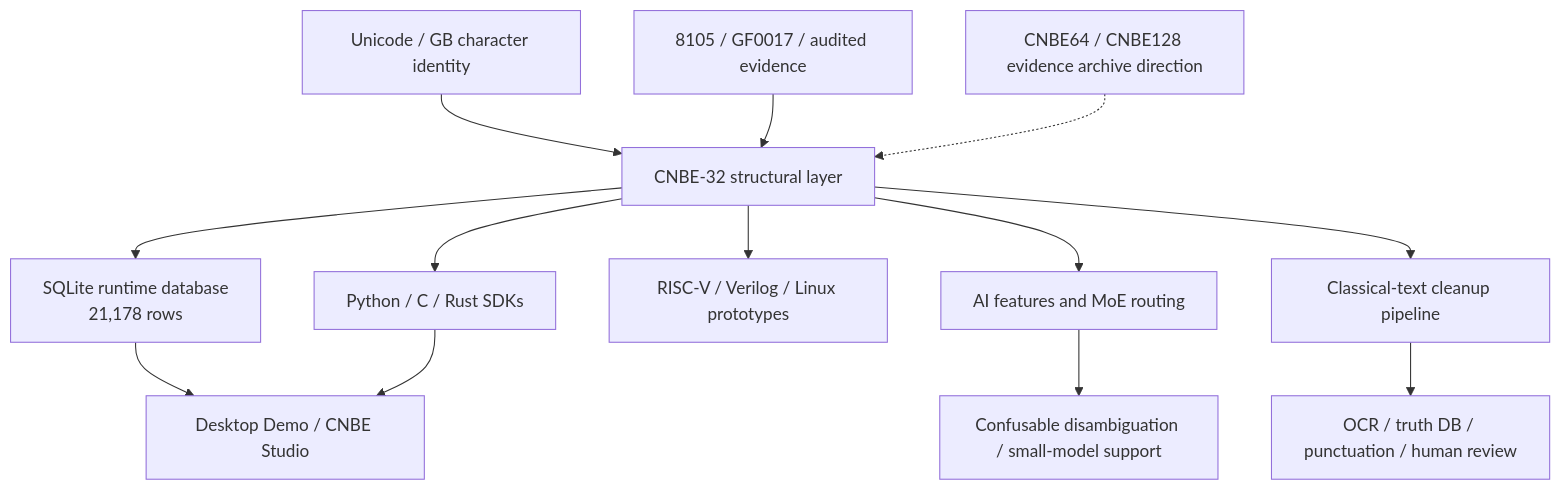
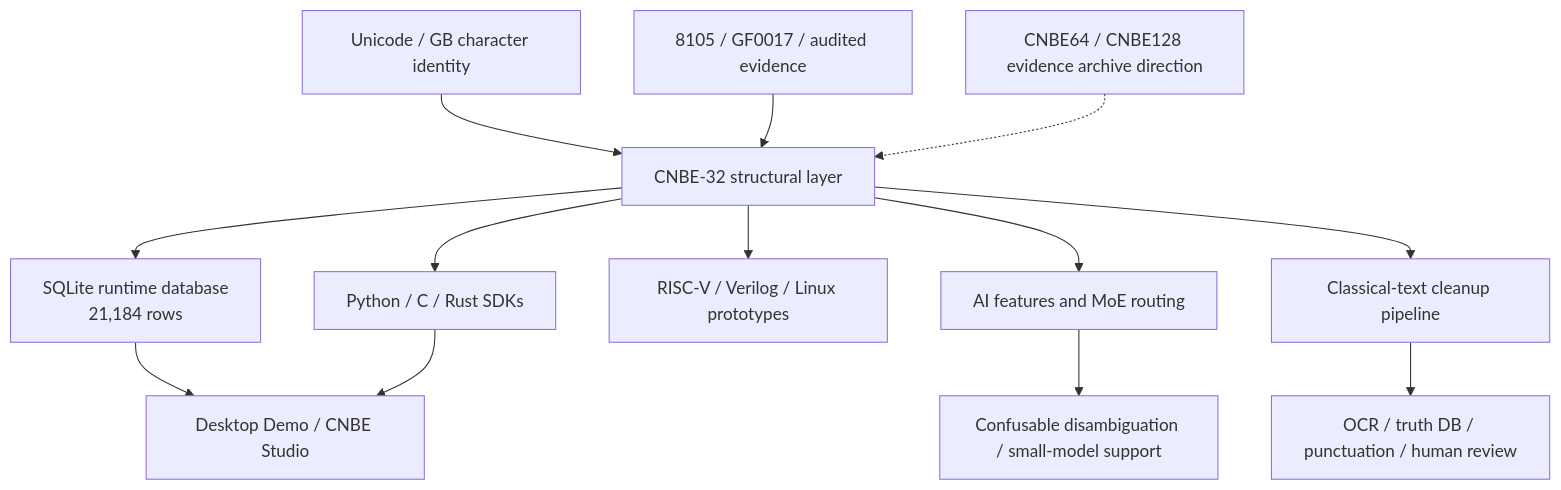
The diagram in README.md (zairkliu/CNBE-32-Chinese-Native-Binary-Encoding), drawn with Mermaid before and after one commit. The commit also changed other lines of this file and 102 other files, not shown here.

````diff
--- a/README.md
+++ b/README.md
@@ -239,15 +239,15 @@
 ```mermaid
 flowchart TD
   A["Unicode / GB character identity"] --> B["CNBE-32 structural layer"]
-  B --> C["SQLite runtime database<br/>21,178 rows"]
+  B --> C["SQLite runtime database<br/>21,184 rows"]
   B --> D["Python / C / Rust SDKs"]
   B --> E["RISC-V / Verilog / Linux prototypes"]
   B --> F["AI features and MoE routing"]
   B --> G["Classical-text cleanup pipeline"]
   C --> H["Desktop Demo / CNBE Studio"]
   D --> H
   F --> I["Confusable disambiguation / small-model support"]
   G --> J["OCR / truth DB / punctuation / human review"]
   K["8105 / GF0017 / audited evidence"] --> B
   L["CNBE64 / CNBE128 evidence archive direction"] -.-> B
 ```
````
